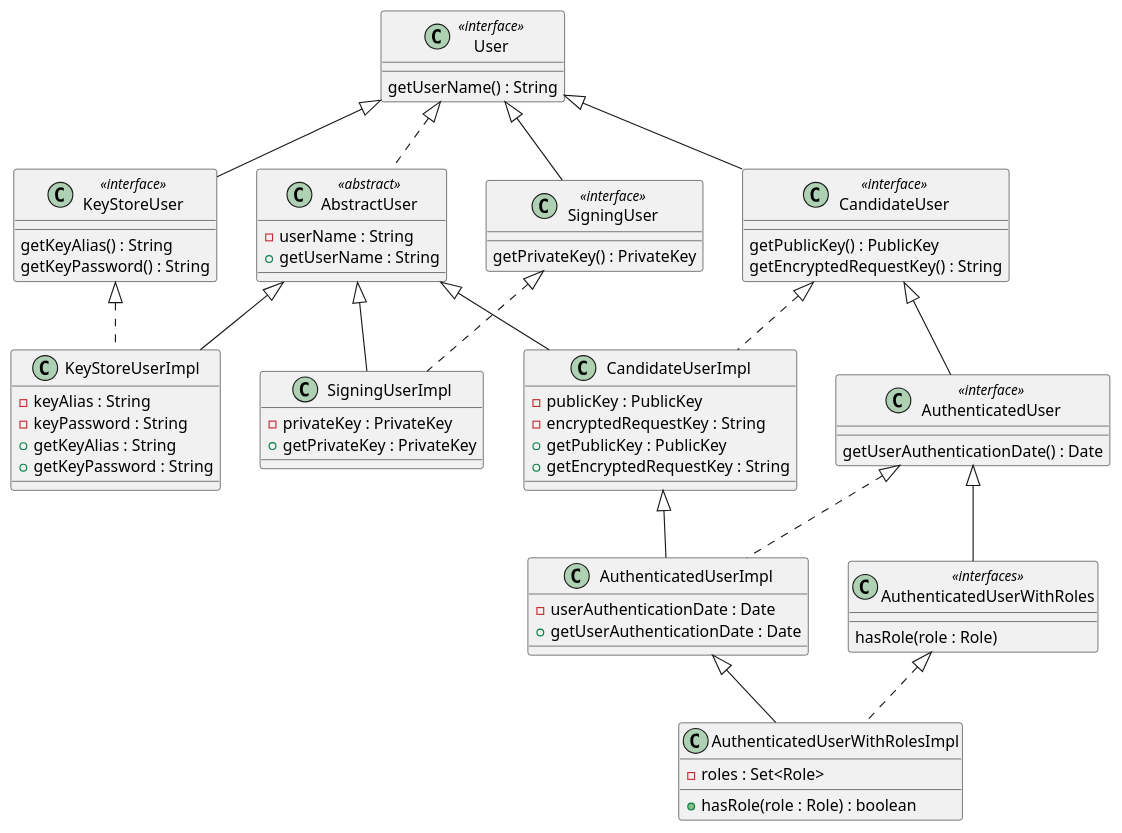
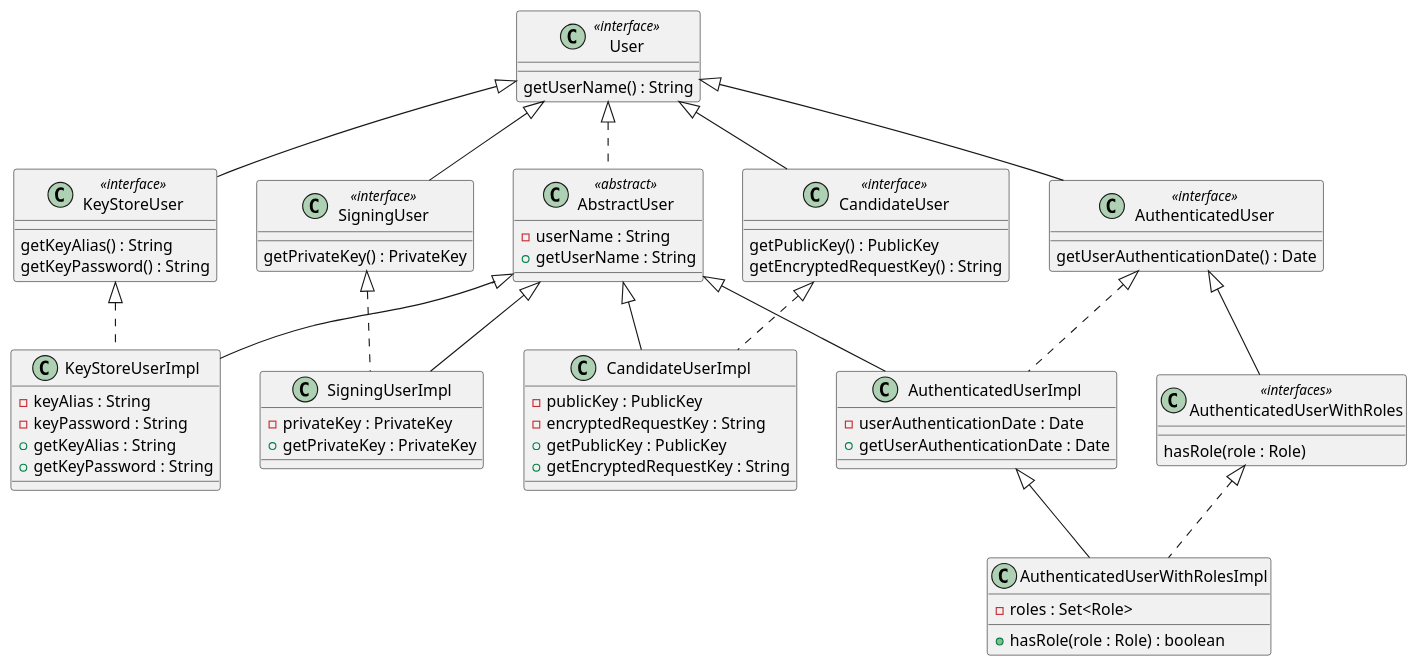
The diagram in rest-request-signing-doc/src/main/schemas/domain/user.puml (antoninBr/rest-request-signing), drawn with PlantUML before and after one commit. The commit also changed 4 other files, not shown here.

```diff
--- a/rest-request-signing-doc/src/main/schemas/domain/user.puml
+++ b/rest-request-signing-doc/src/main/schemas/domain/user.puml
@@ -1,63 +1,63 @@
 @startuml
 class User <<interface>>{
 
 getUserName() : String
 }
 
 class KeyStoreUser <<interface>> extends User{
 getKeyAlias() : String
 getKeyPassword() : String
 }
 
 class SigningUser <<interface>> extends User{
 getPrivateKey() : PrivateKey
 }
 
 class CandidateUser <<interface>> extends User{
 getPublicKey() : PublicKey
 getEncryptedRequestKey() : String
 }
 
-class AuthenticatedUser <<interface>> extends CandidateUser{
+class AuthenticatedUser <<interface>> extends User{
 getUserAuthenticationDate() : Date
 }
 
 class AuthenticatedUserWithRoles <<interfaces>> extends AuthenticatedUser{
 hasRole(role : Role)
 }
 
 class AbstractUser <<abstract>> implements User{
 - userName : String
 + getUserName : String
 }
 
 class KeyStoreUserImpl extends AbstractUser implements KeyStoreUser{
 - keyAlias : String
 - keyPassword : String
 + getKeyAlias : String
 + getKeyPassword : String
 }
 
 class SigningUserImpl extends AbstractUser implements SigningUser{
 - privateKey : PrivateKey
 + getPrivateKey : PrivateKey
 }
 
 class CandidateUserImpl extends AbstractUser implements CandidateUser{
 - publicKey : PublicKey
 - encryptedRequestKey : String
 + getPublicKey : PublicKey
 + getEncryptedRequestKey : String
 }
 
-class AuthenticatedUserImpl extends CandidateUserImpl implements AuthenticatedUser{
+class AuthenticatedUserImpl extends AbstractUser implements AuthenticatedUser{
 - userAuthenticationDate : Date
 + getUserAuthenticationDate : Date
 }
 
 class AuthenticatedUserWithRolesImpl extends AuthenticatedUserImpl implements AuthenticatedUserWithRoles{
 - roles : Set<Role>
 + hasRole(role : Role) : boolean
 }
 
 @enduml
```
